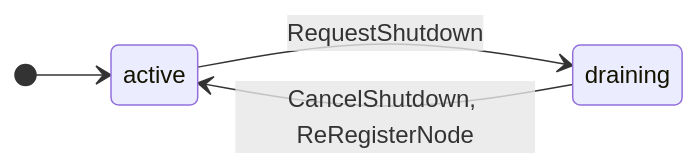
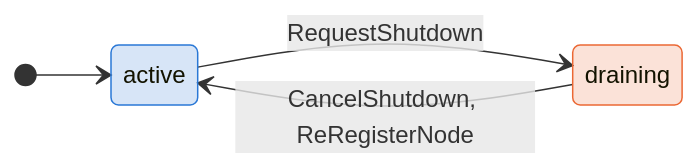
The first of 2 diagrams in zig/specs/tla/diagrams/metadata/AntflyNodeDrainLifecycle.md (antflydb/antfly), drawn with Mermaid before and after one commit. The commit also changed 27 other files, not shown here.

````diff
--- a/zig/specs/tla/diagrams/metadata/AntflyNodeDrainLifecycle.md
+++ b/zig/specs/tla/diagrams/metadata/AntflyNodeDrainLifecycle.md
@@ -13,7 +13,13 @@
 ```mermaid
 stateDiagram-v2
     direction LR
     [*] --> active
     active --> draining : RequestShutdown
     draining --> active : CancelShutdown, ReRegisterNode
+    classDef c_active fill:#2a78d630,stroke:#2a78d6
+    class active c_active
+    classDef c_draining fill:#eb683430,stroke:#eb6834
+    class draining c_draining
+    classDef c_removed fill:#1baf7a30,stroke:#1baf7a
+    class removed c_removed
 ```
````
